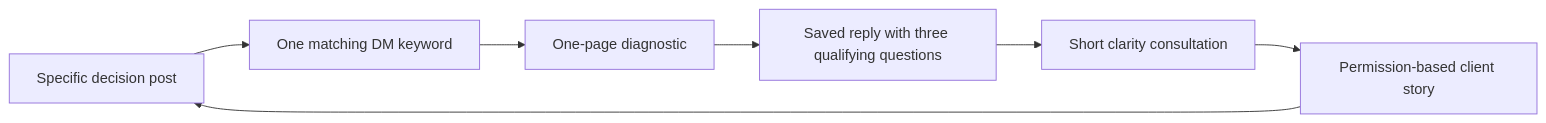
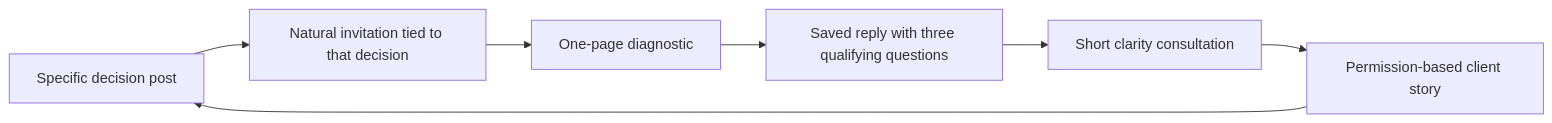
One commit to Farrice/mes-knowledge-base changed the second of 2 diagrams in _active/clients/jen-listings/06-system/content-intelligence/Jen First-Time Buyer ICP Options.md. Above: the diagram before and after it, drawn with Mermaid. The commit also changed other lines of this file and 1 other file, not shown here.

````diff
--- a/_active/clients/jen-listings/06-system/content-intelligence/Jen First-Time Buyer ICP Options.md
+++ b/_active/clients/jen-listings/06-system/content-intelligence/Jen First-Time Buyer ICP Options.md
@@ -217,9 +217,9 @@
 ```mermaid
 flowchart LR
-    A[Specific decision post] --> B[One matching DM keyword]
+    A[Specific decision post] --> B[Natural invitation tied to that decision]
     B --> C[One-page diagnostic]
     C --> D[Saved reply with three qualifying questions]
     D --> E[Short clarity consultation]
     E --> F[Permission-based client story]
     F --> A
 ```
````
